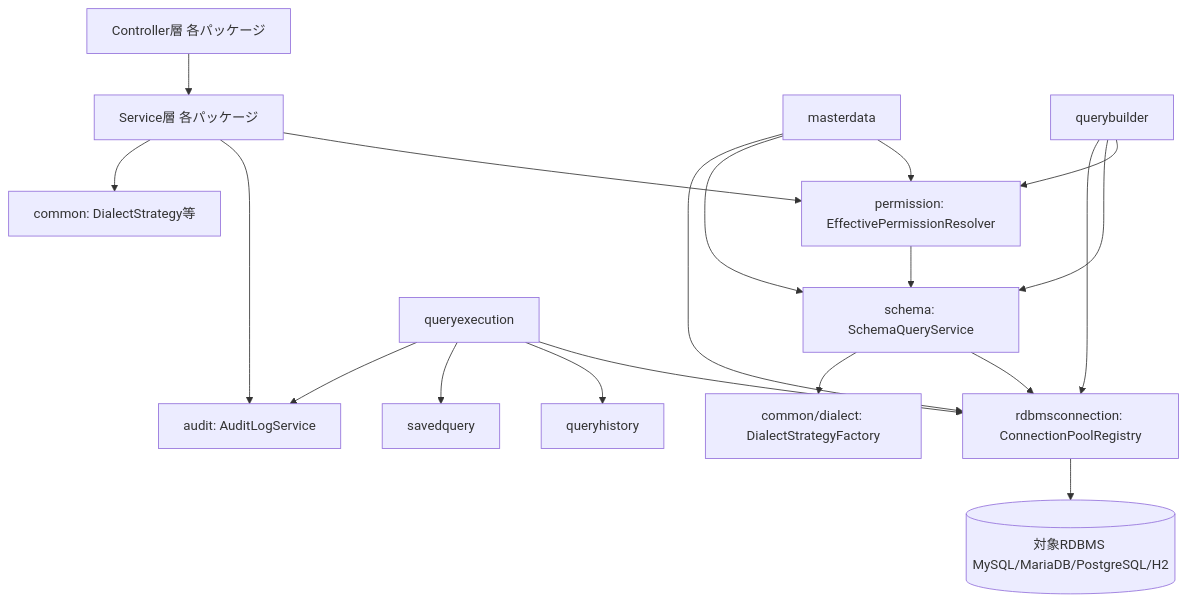
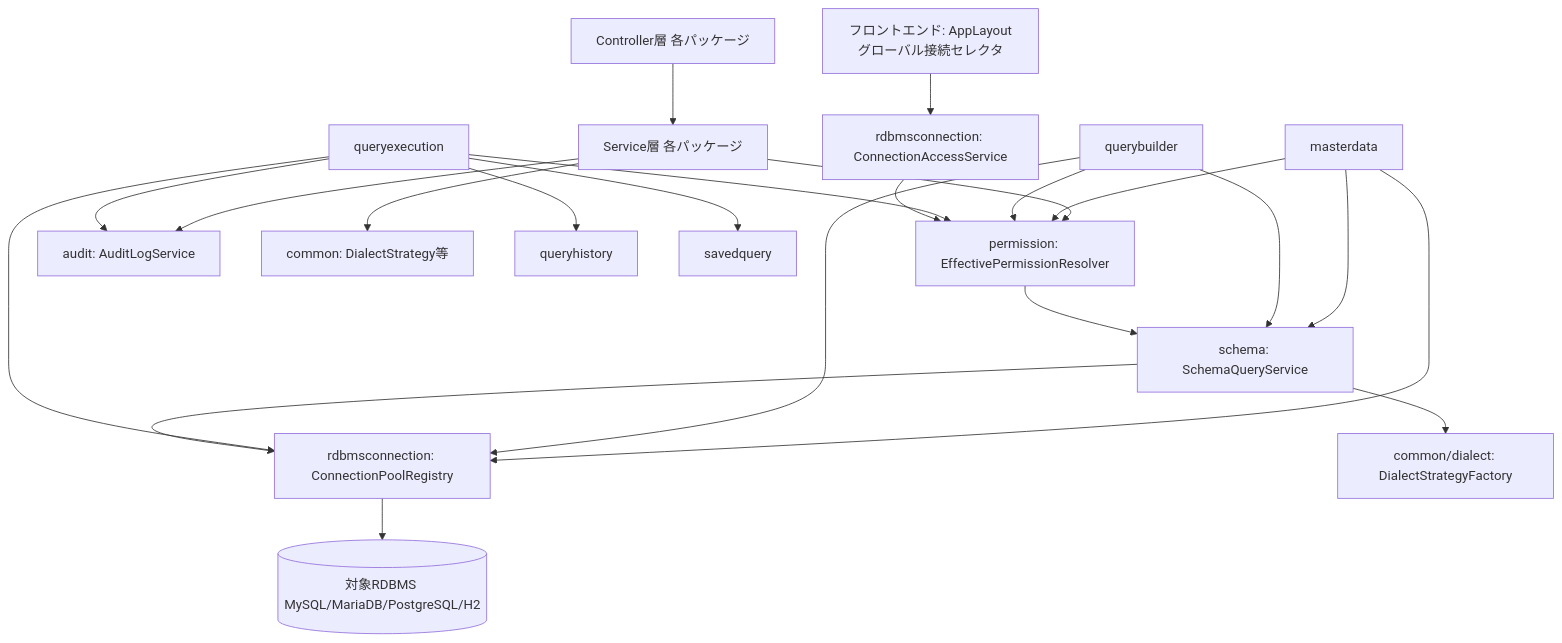
The first of 2 diagrams in aidlc-docs/inception/application-design/component-dependency.md (agwlvssainokuni/MasterMeister2), drawn with Mermaid before and after one commit. The commit also changed other lines of this file and 7 other files, not shown here.

````diff
--- a/aidlc-docs/inception/application-design/component-dependency.md
+++ b/aidlc-docs/inception/application-design/component-dependency.md
@@ -58,21 +86,24 @@
 ```mermaid
 graph TD
     Controller["Controller層 各パッケージ"] --> Service["Service層 各パッケージ"]
     Service --> Permission["permission: EffectivePermissionResolver"]
     Service --> Audit["audit: AuditLogService"]
     Service --> Common["common: DialectStrategy等"]
     MasterData["masterdata"] --> Permission
     MasterData --> Schema["schema: SchemaQueryService"]
     MasterData --> ConnRegistry["rdbmsconnection: ConnectionPoolRegistry"]
     QueryBuilder["querybuilder"] --> Permission
     QueryBuilder --> Schema
     QueryBuilder --> ConnRegistry
     QueryExecution["queryexecution"] --> ConnRegistry
     QueryExecution --> QueryHistory["queryhistory"]
     QueryExecution --> SavedQuery["savedquery"]
     QueryExecution --> Audit
+    QueryExecution --> Permission
     Schema --> ConnRegistry
     Permission --> Schema
     ConnRegistry --> TargetDB[("対象RDBMS MySQL/MariaDB/PostgreSQL/H2")]
     Schema --> DialectFactory["common/dialect: DialectStrategyFactory"]
+    ConnAccess["rdbmsconnection: ConnectionAccessService"] --> Permission
+    GlobalSelector["フロントエンド: AppLayoutグローバル接続セレクタ"] --> ConnAccess
 ```
````
